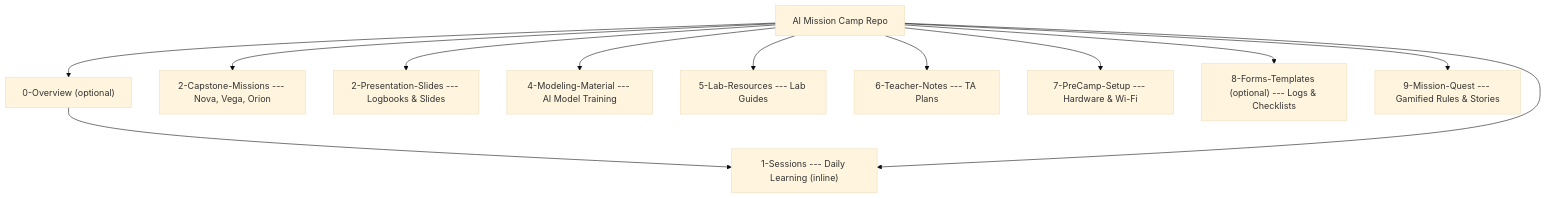
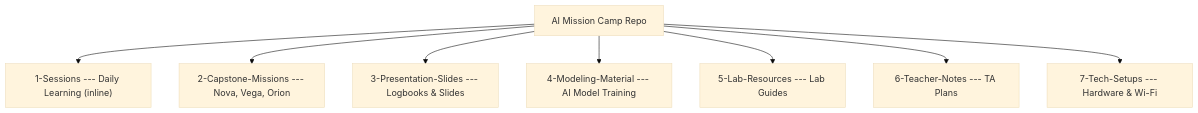
Before and after one commit to RudyMartin/dsai-2025: the diagram in ASU/README.md, drawn with Mermaid (base theme). The commit also changed other lines of this file, not shown here.

````diff
--- a/ASU/README.md
+++ b/ASU/README.md
@@ -40,25 +40,22 @@
 ```mermaid
 graph TD
-  A0["0-Overview (optional)"] --> A1
+
   A1["1-Sessions --- Daily Learning (inline)"]
   A2["2-Capstone-Missions --- Nova, Vega, Orion"]
-  A3["2-Presentation-Slides --- Logbooks & Slides"]
+  A3["3-Presentation-Slides --- Logbooks & Slides"]
   A4["4-Modeling-Material --- AI Model Training"]
   A5["5-Lab-Resources --- Lab Guides"]
   A6["6-Teacher-Notes --- TA Plans"]
-  A7["7-PreCamp-Setup --- Hardware & Wi-Fi"]
-  A8["8-Forms-Templates (optional) --- Logs & Checklists"]
-  A9["9-Mission-Quest --- Gamified Rules & Stories"]
+  A7["7-Tech-Setups --- Hardware & Wi-Fi"]
+
 
   ROOT["AI Mission Camp Repo"]
-  ROOT --> A0
   ROOT --> A1
   ROOT --> A2
   ROOT --> A3
   ROOT --> A4
   ROOT --> A5
   ROOT --> A6
   ROOT --> A7
-  ROOT --> A8
-  ROOT --> A9
+
 ```
````
